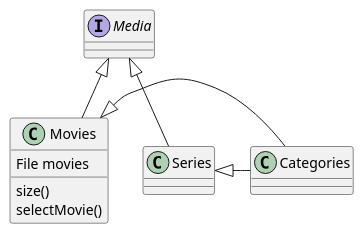
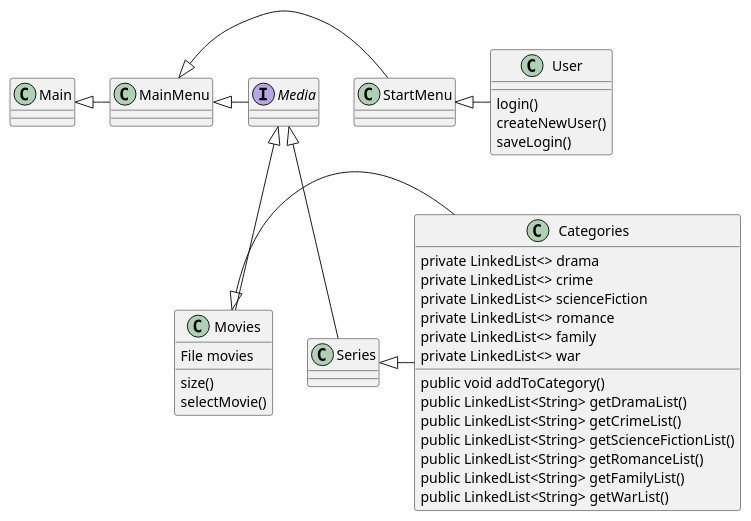
Before and after one commit to MichellaBech/SP3: the diagram in .idea/Class.puml, drawn with PlantUML.

```diff
--- a/.idea/Class.puml
+++ b/.idea/Class.puml
@@ -1,23 +1,54 @@
 @startuml
 'https://plantuml.com/class-diagram
 
 class Movies
 class Series
 interface Media
 class Categories
+class User
+class StartMenu
+class MainMenu
+class Main
 
 
 Media <|-- Movies
 Media <|-- Series
 
 Movies <|- Categories
 Series <|- Categories
+StartMenu <|- User
+MainMenu <|- StartMenu
+Main <|- MainMenu
+MainMenu <|- Media
+
+class Categories {
+private LinkedList<> drama
+private LinkedList<> crime
+private LinkedList<> scienceFiction
+private LinkedList<> romance
+private LinkedList<> family
+private LinkedList<> war
+
+public void addToCategory()
+public LinkedList<String> getDramaList()
+public LinkedList<String> getCrimeList()
+public LinkedList<String> getScienceFictionList()
+public LinkedList<String> getRomanceList()
+public LinkedList<String> getFamilyList()
+public LinkedList<String> getWarList()
+}
 
 class Movies{
 File movies
 size()
 selectMovie()
 }
 
+class User{
+login()
+createNewUser()
+saveLogin()
+}
+
 
 @enduml
```
